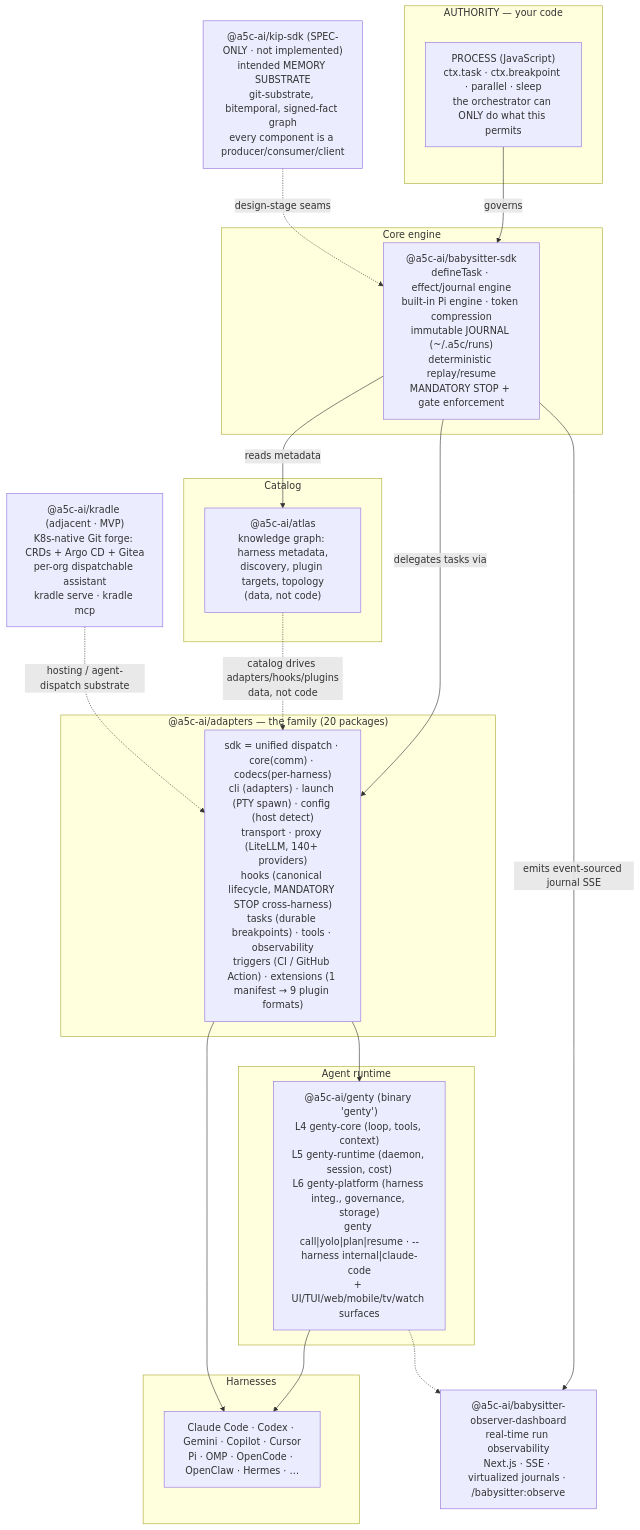
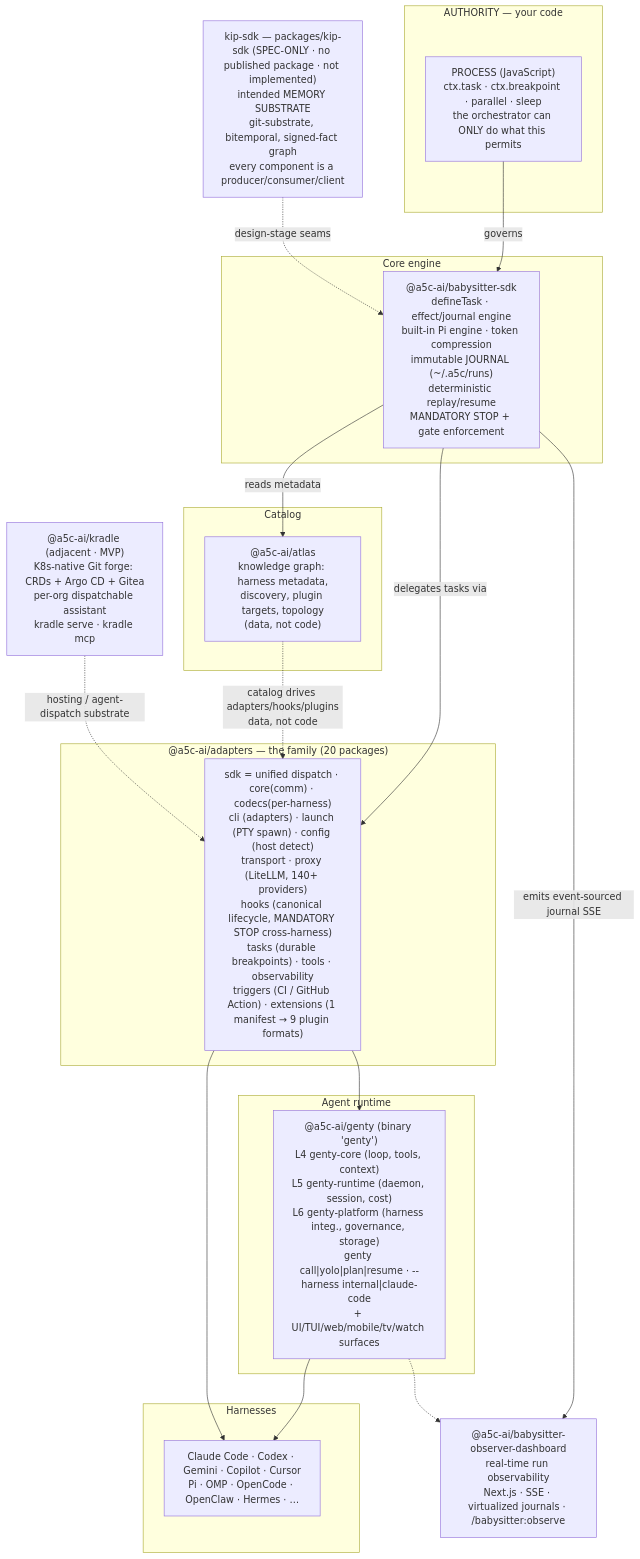
Before and after one commit to danielkman/babysitter: the diagram in docs/user-guide/architecture.md, drawn with Mermaid. The commit also changed other lines of this file and 10 other files, not shown here.

Commit message:
fix(ci): resolve docs:qa (strict-build links, freshness markers, package refs) and realtime-flow test glob for v6 rename

````diff
--- a/docs/user-guide/architecture.md
+++ b/docs/user-guide/architecture.md
@@ -43,44 +43,44 @@
 ```mermaid
 flowchart TB
     subgraph Authority["AUTHORITY — your code"]
         PROC["PROCESS (JavaScript)<br/>ctx.task · ctx.breakpoint · parallel · sleep<br/>the orchestrator can ONLY do what this permits"]
     end
 
     subgraph Core["Core engine"]
         SDK["@a5c-ai/babysitter-sdk<br/>defineTask · effect/journal engine<br/>built-in Pi engine · token compression<br/>immutable JOURNAL (~/.a5c/runs)<br/>deterministic replay/resume<br/>MANDATORY STOP + gate enforcement"]
     end
 
     subgraph Catalog["Catalog"]
         ATLAS["@a5c-ai/atlas<br/>knowledge graph: harness metadata,<br/>discovery, plugin targets, topology<br/>(data, not code)"]
     end
 
     subgraph Adapters["@a5c-ai/adapters — the family (20 packages)"]
         ADP["sdk = unified dispatch · core(comm) · codecs(per-harness)<br/>cli (adapters) · launch (PTY spawn) · config (host detect)<br/>transport · proxy (LiteLLM, 140+ providers)<br/>hooks (canonical lifecycle, MANDATORY STOP cross-harness)<br/>tasks (durable breakpoints) · tools · observability<br/>triggers (CI / GitHub Action) · extensions (1 manifest → 9 plugin formats)"]
     end
 
     subgraph Runtime["Agent runtime"]
         GENTY["@a5c-ai/genty (binary 'genty')<br/>L4 genty-core (loop, tools, context)<br/>L5 genty-runtime (daemon, session, cost)<br/>L6 genty-platform (harness integ., governance, storage)<br/>genty call|yolo|plan|resume · --harness internal|claude-code<br/>+ UI/TUI/web/mobile/tv/watch surfaces"]
     end
 
     subgraph Harnesses["Harnesses"]
         HARN["Claude Code · Codex · Gemini · Copilot · Cursor<br/>Pi · OMP · OpenCode · OpenClaw · Hermes · …"]
     end
 
     OBS["@a5c-ai/babysitter-observer-dashboard<br/>real-time run observability<br/>Next.js · SSE · virtualized journals · /babysitter:observe"]
 
     KRADLE["@a5c-ai/kradle (adjacent · MVP)<br/>K8s-native Git forge: CRDs + Argo CD + Gitea<br/>per-org dispatchable assistant<br/>kradle serve · kradle mcp"]
 
-    KIP["@a5c-ai/kip-sdk (SPEC-ONLY · not implemented)<br/>intended MEMORY SUBSTRATE<br/>git-substrate, bitemporal, signed-fact graph<br/>every component is a producer/consumer/client"]
+    KIP["kip-sdk — packages/kip-sdk (SPEC-ONLY · no published package · not implemented)<br/>intended MEMORY SUBSTRATE<br/>git-substrate, bitemporal, signed-fact graph<br/>every component is a producer/consumer/client"]
 
     PROC -->|governs| SDK
     SDK -->|reads metadata| ATLAS
     SDK -->|delegates tasks via| ADP
     ATLAS -.->|catalog drives adapters/hooks/plugins<br/>data, not code| ADP
     ADP --> GENTY
     GENTY --> HARN
     ADP --> HARN
     SDK -->|emits event-sourced journal SSE| OBS
     GENTY -.-> OBS
     KRADLE -.->|hosting / agent-dispatch substrate| ADP
     KIP -.->|design-stage seams| SDK
 ```
````
